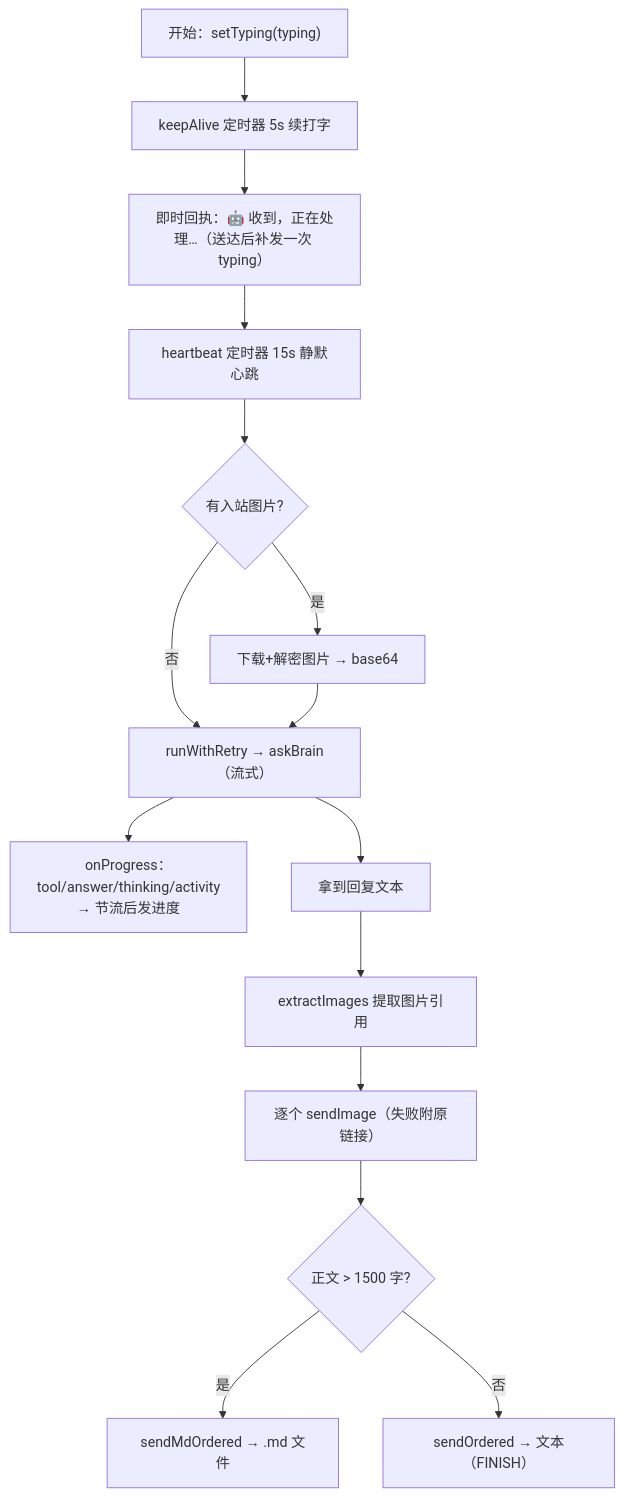
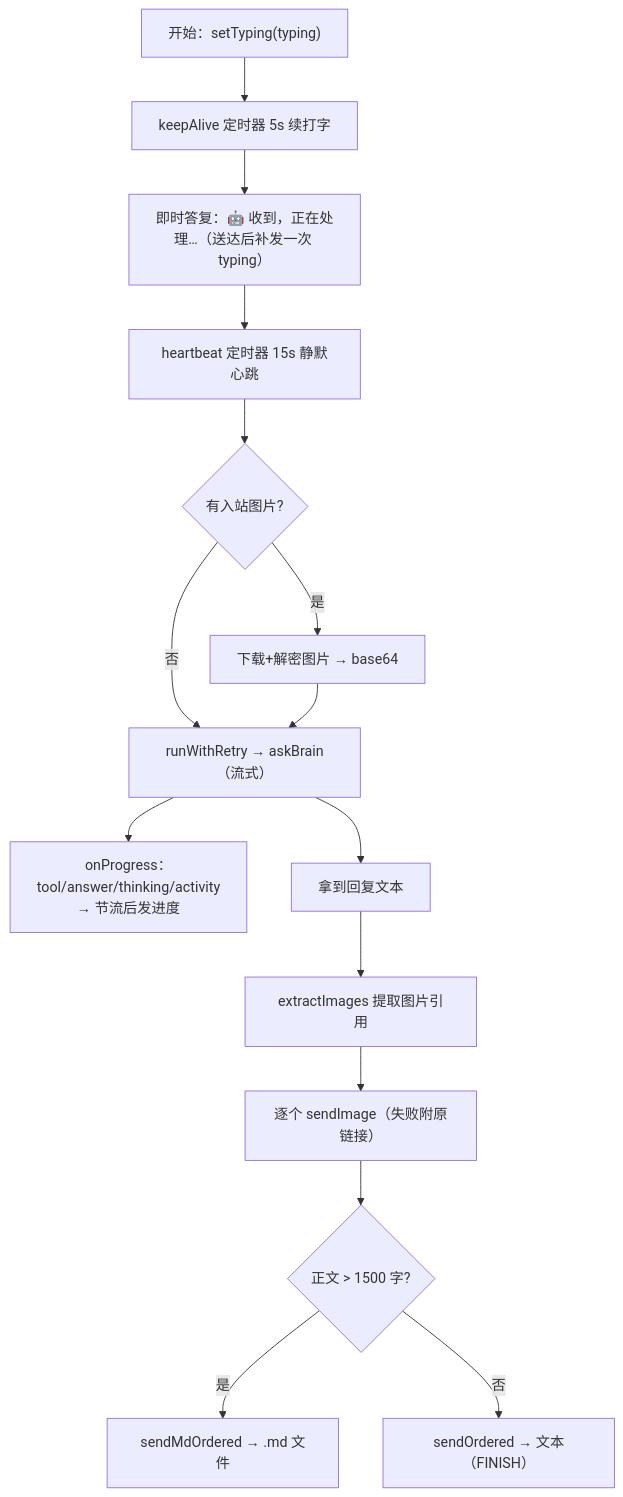
One commit to imwangpan/WeMind changed the third of 4 diagrams in docs/repowiki/05-守护进程-Daemon.md. Above: the diagram before and after it, drawn with Mermaid. The commit also changed other lines of this file and 73 other files, not shown here.

````diff
--- a/docs/repowiki/05-守护进程-Daemon.md
+++ b/docs/repowiki/05-守护进程-Daemon.md
@@ -137,17 +137,17 @@
 ```mermaid
 graph TD
     S["开始：setTyping(typing)"] --> KA["keepAlive 定时器 5s 续打字"]
-    KA --> ACK["即时回执：🤖 收到，正在处理…（送达后补发一次 typing）"]
+    KA --> ACK["即时答复：🤖 收到，正在处理…（送达后补发一次 typing）"]
     ACK --> HB["heartbeat 定时器 15s 静默心跳"]
     HB --> IMG{"有入站图片?"}
     IMG -->|是| DL["下载+解密图片 → base64"]
     IMG -->|否| RUN
     DL --> RUN["runWithRetry → askBrain（流式）"]
     RUN --> PROG["onProgress：tool/answer/thinking/activity<br/>→ 节流后发进度"]
     RUN --> ANS["拿到回复文本"]
     ANS --> EXIMG["extractImages 提取图片引用"]
     EXIMG --> SENDIMG["逐个 sendImage（失败附原链接）"]
     SENDIMG --> LONG{"正文 > 1500 字?"}
     LONG -->|是| MD["sendMdOrdered → .md 文件"]
     LONG -->|否| TXT["sendOrdered → 文本（FINISH）"]
 ```
````
